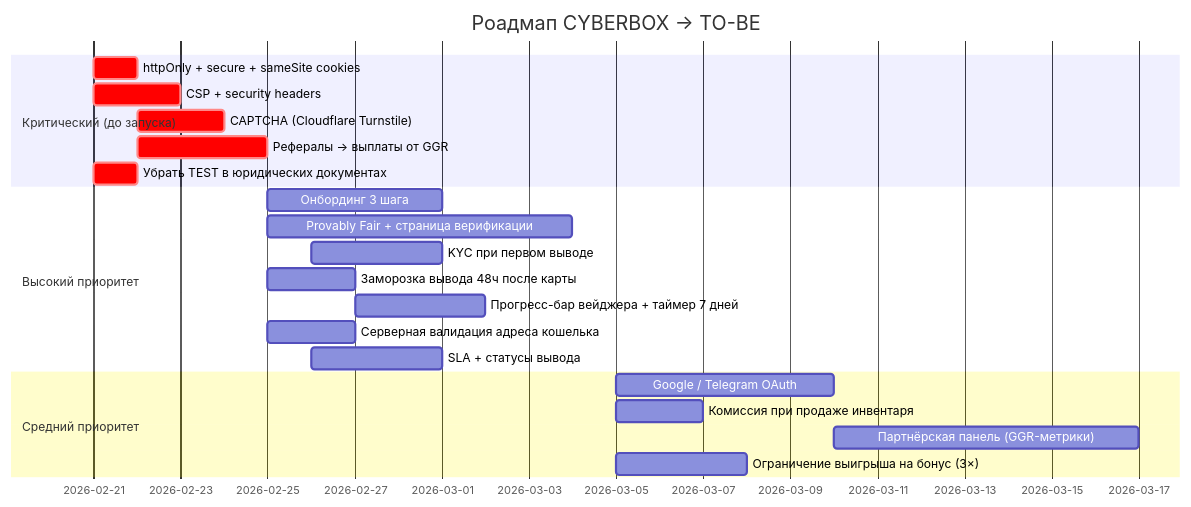
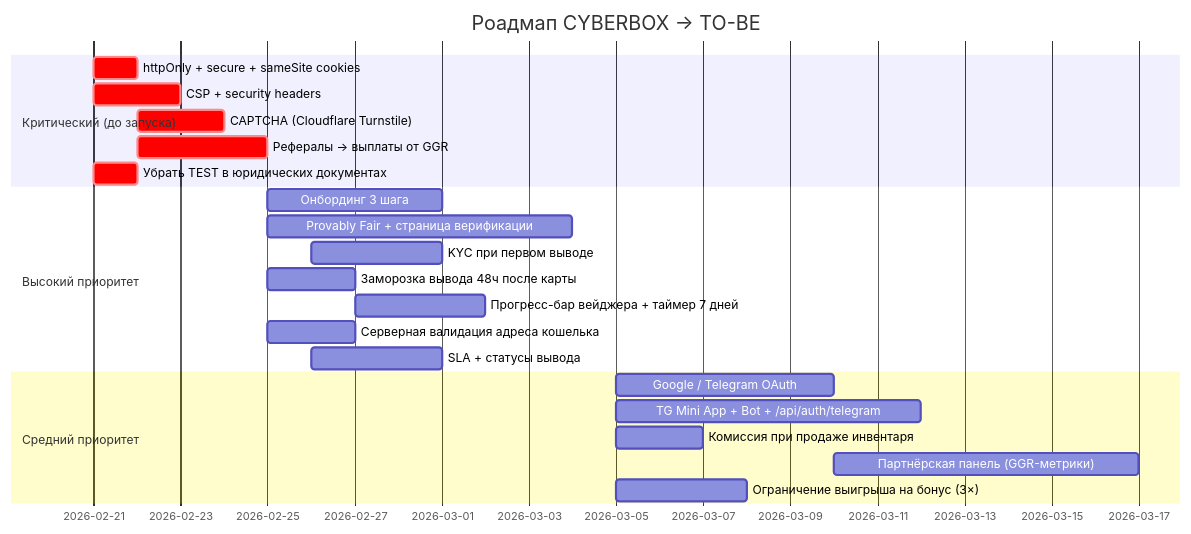
One commit to Alienwave1308/cyberbox-audit changed the third of 3 diagrams in CJM_to_be.md. Above: the diagram before and after it, drawn with Mermaid. The commit also changed other lines of this file, not shown here.

First line of the commit message:
Add Telegram Mini App entry point to CJM_to_be

````diff
--- a/CJM_to_be.md
+++ b/CJM_to_be.md
@@ -149,26 +163,27 @@
 ```mermaid
 gantt
     title Роадмап CYBERBOX → TO-BE
     dateFormat  YYYY-MM-DD
     section Критический (до запуска)
     httpOnly + secure + sameSite cookies     :crit, 2026-02-21, 1d
     CSP + security headers                   :crit, 2026-02-21, 2d
     CAPTCHA (Cloudflare Turnstile)           :crit, 2026-02-22, 2d
     Рефералы → выплаты от GGR               :crit, 2026-02-22, 3d
     Убрать TEST в юридических документах    :crit, 2026-02-21, 1d
 
     section Высокий приоритет
     Онбординг 3 шага                        :2026-02-25, 4d
     Provably Fair + страница верификации    :2026-02-25, 7d
     KYC при первом выводе                   :2026-02-26, 3d
     Заморозка вывода 48ч после карты        :2026-02-25, 2d
     Прогресс-бар вейджера + таймер 7 дней  :2026-02-27, 3d
     Серверная валидация адреса кошелька     :2026-02-25, 2d
     SLA + статусы вывода                    :2026-02-26, 3d
 
     section Средний приоритет
     Google / Telegram OAuth                  :2026-03-05, 5d
+    TG Mini App + Bot + /api/auth/telegram   :2026-03-05, 7d
     Комиссия при продаже инвентаря          :2026-03-05, 2d
     Партнёрская панель (GGR-метрики)        :2026-03-10, 7d
     Ограничение выигрыша на бонус (3×)      :2026-03-05, 3d
 ```
````
